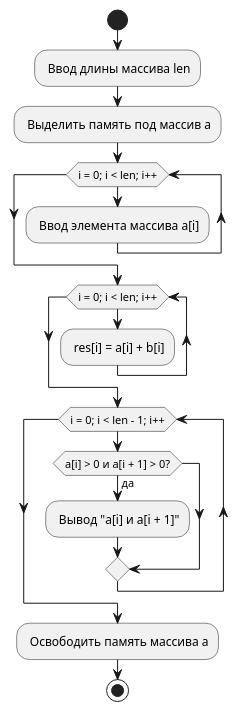
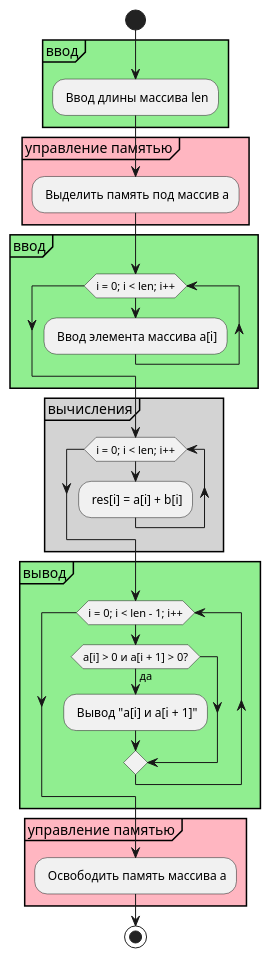
One commit to ermakov0/ivt-cpp changed the diagram in uml/05-example3.puml. Above: the diagram before and after it, drawn with PlantUML. The commit also changed 25 other files, not shown here.

```diff
--- a/uml/05-example3.puml
+++ b/uml/05-example3.puml
@@ -1,19 +1,31 @@
 @startuml 05-example3
 start
-- Ввод длины массива len
-- Выделить память под массив a
-while (i = 0; i < len; i++)
-    - Ввод элемента массива a[i]
-endwhile
-while (i = 0; i < len; i++)
-    - res[i] = a[i] + b[i]
-endwhile
-while (i = 0; i < len - 1; i++)
-    if (a[i] > 0 и a[i + 1] > 0?) then
-    else (да)
+partition #lightGreen "ввод" {
+    - Ввод длины массива len
+}
+partition #lightPink "управление памятью" {
+    - Выделить память под массив a
+}
+partition #lightGreen "ввод" {
+    while (i = 0; i < len; i++)
+        - Ввод элемента массива a[i]
+    endwhile
+}
+partition #lightGray "вычисления" {
+    while (i = 0; i < len; i++)
+        - res[i] = a[i] + b[i]
+    endwhile
+}
+partition #lightGreen "вывод" {
+    while (i = 0; i < len - 1; i++)
+        if (a[i] > 0 и a[i + 1] > 0?) then
+        else (да)
         - Вывод "a[i] и a[i + 1]"
-    endif
-endwhile
-- Освободить память массива a
+        endif
+    endwhile
+}
+partition #lightPink "управление памятью" {
+    - Освободить память массива a
+}
 stop
 @enduml
```
